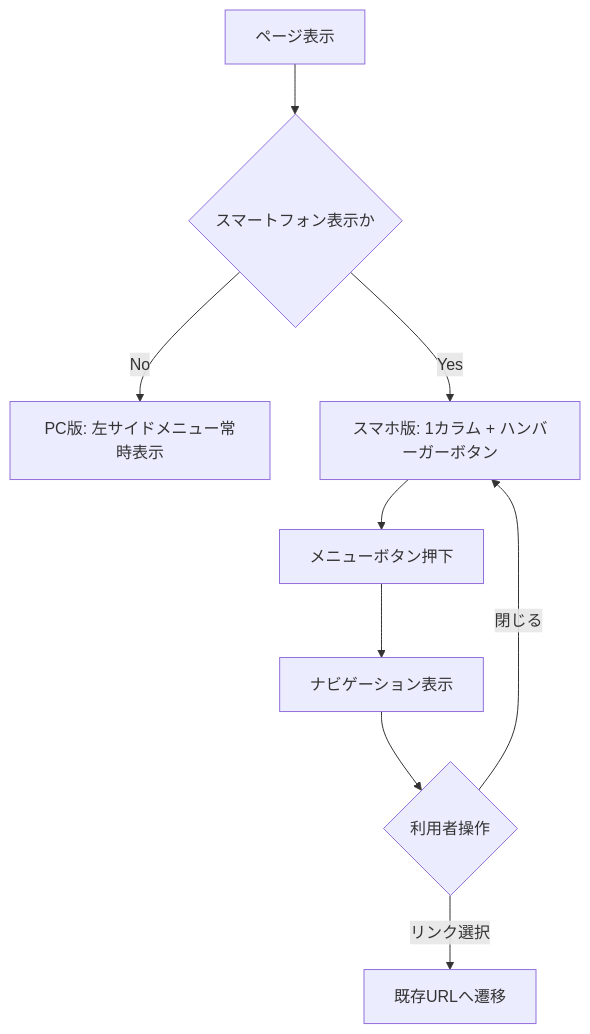
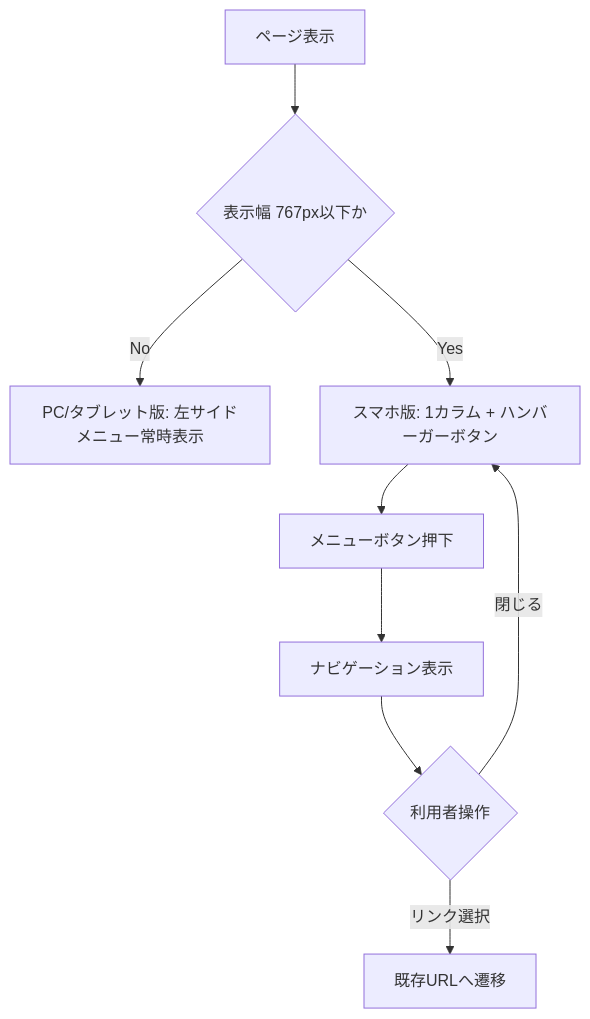
One commit to yuki746289/product_blog_ryutai changed the diagram in .document/v1.1/09_図・受け入れ条件.md. Above: the diagram before and after it, drawn with Mermaid. The commit also changed other lines of this file, not shown here.

````diff
--- a/.document/v1.1/09_図・受け入れ条件.md
+++ b/.document/v1.1/09_図・受け入れ条件.md
@@ -5,11 +5,11 @@
 ```mermaid
 flowchart TD
-    A[ページ表示] --> B{スマートフォン表示か}
-    B -->|No| C[PC版: 左サイドメニュー常時表示]
+    A[ページ表示] --> B{表示幅 767px以下か}
+    B -->|No| C[PC/タブレット版: 左サイドメニュー常時表示]
     B -->|Yes| D[スマホ版: 1カラム + ハンバーガーボタン]
     D --> E[メニューボタン押下]
     E --> F[ナビゲーション表示]
     F --> G{利用者操作}
     G -->|リンク選択| H[既存URLへ遷移]
     G -->|閉じる| D
 ```
````
